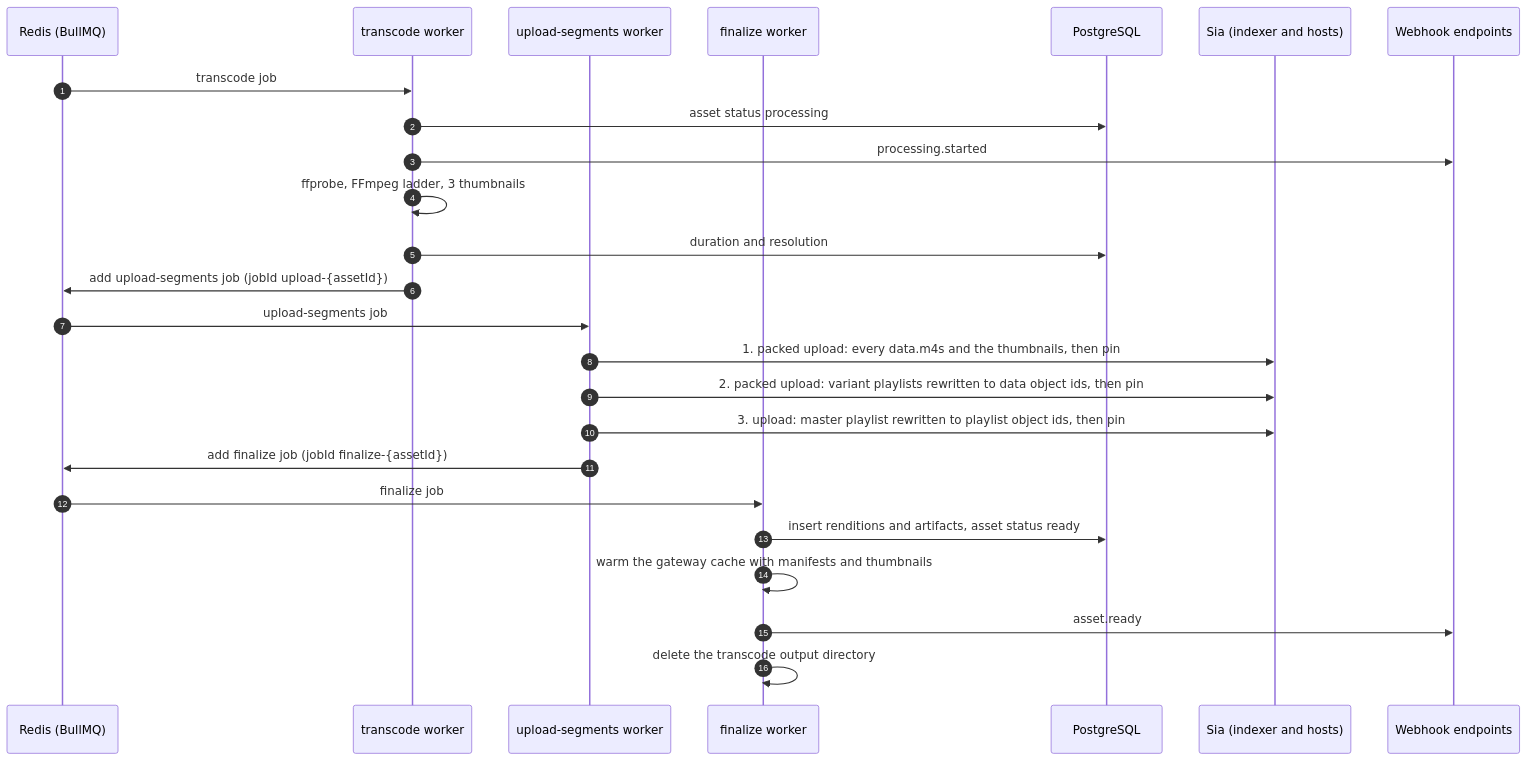
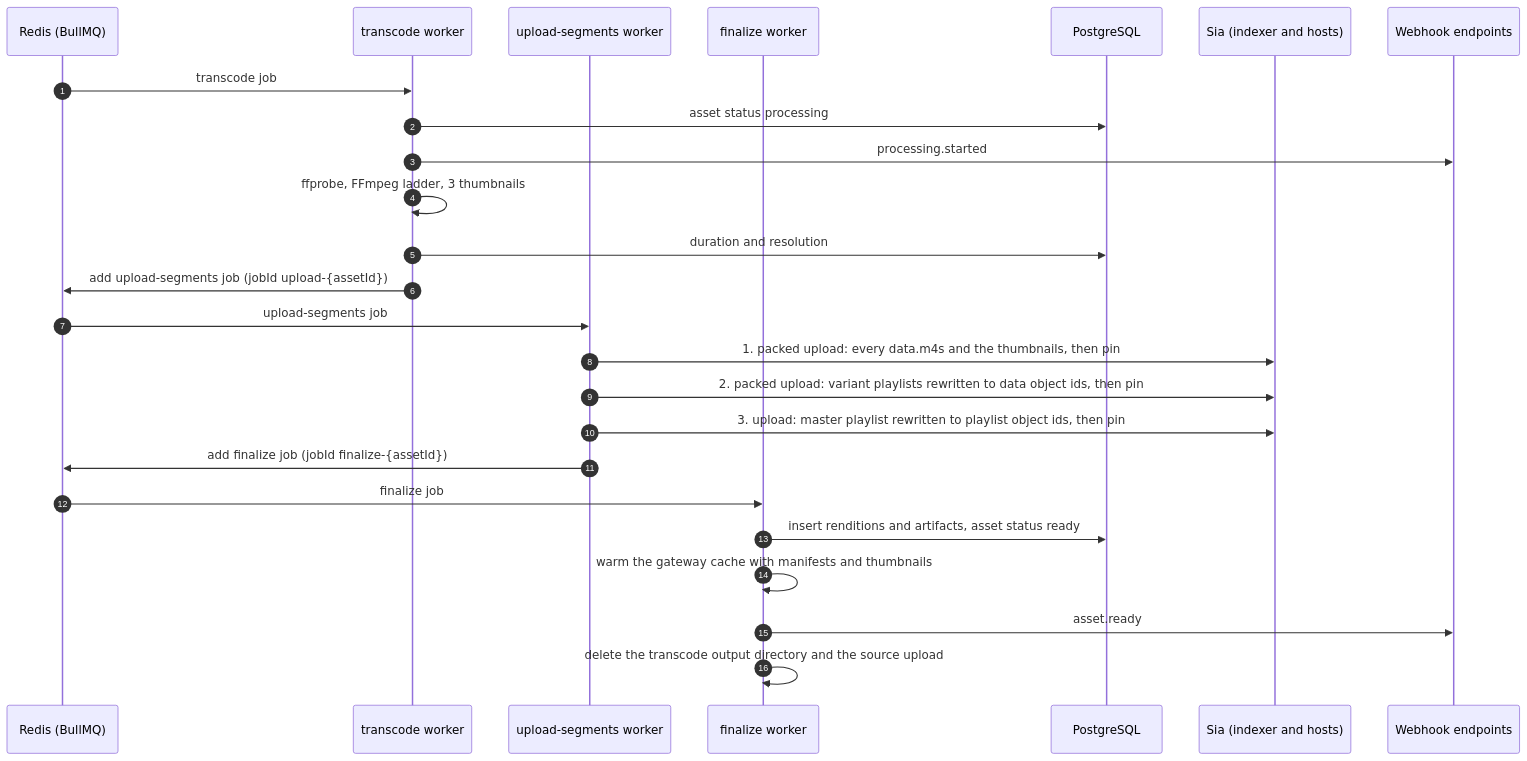
The second of 3 diagrams in docs/architecture/upload-pipeline.md (justmert/Sluby), drawn with Mermaid before and after one commit. The commit also changed other lines of this file and 2 other files, not shown here.

Commit message:
document when source uploads are deleted

````diff
--- a/docs/architecture/upload-pipeline.md
+++ b/docs/architecture/upload-pipeline.md
@@ -47,28 +64,28 @@
 ```mermaid
 sequenceDiagram
   autonumber
   participant Q as Redis (BullMQ)
   participant TW as transcode worker
   participant UW as upload-segments worker
   participant FW as finalize worker
   participant DB as PostgreSQL
   participant SIA as Sia (indexer and hosts)
   participant W as Webhook endpoints
 
   Q->>TW: transcode job
   TW->>DB: asset status processing
   TW->>W: processing.started
   TW->>TW: ffprobe, FFmpeg ladder, 3 thumbnails
   TW->>DB: duration and resolution
   TW->>Q: add upload-segments job (jobId upload-{assetId})
   Q->>UW: upload-segments job
   UW->>SIA: 1. packed upload: every data.m4s and the thumbnails, then pin
   UW->>SIA: 2. packed upload: variant playlists rewritten to data object ids, then pin
   UW->>SIA: 3. upload: master playlist rewritten to playlist object ids, then pin
   UW->>Q: add finalize job (jobId finalize-{assetId})
   Q->>FW: finalize job
   FW->>DB: insert renditions and artifacts, asset status ready
   FW->>FW: warm the gateway cache with manifests and thumbnails
   FW->>W: asset.ready
-  FW->>FW: delete the transcode output directory
+  FW->>FW: delete the transcode output directory and the source upload
 ```
````
